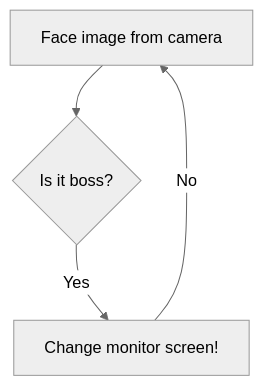
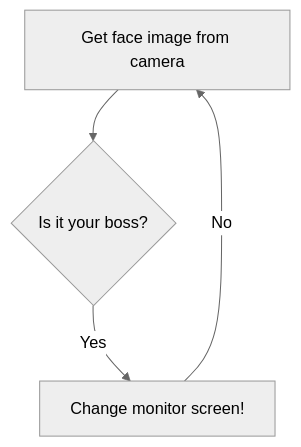
The diagram in README.md (hasibzunair/boss-detector), drawn with Mermaid (neutral theme) before and after one commit.

Commit message:
added cool flow diagram, new github feature experiment hahah

````diff
--- a/README.md
+++ b/README.md
@@ -10,6 +10,6 @@
 ```mermaid
 flowchart TD
-	A[Face image from camera] --> B{Is it boss?};
+	A[Get face image from camera] --> B{Is it your boss?};
 	B -- Yes --> C[Change monitor screen!];
 	C -- No --> A;
 ```
````
